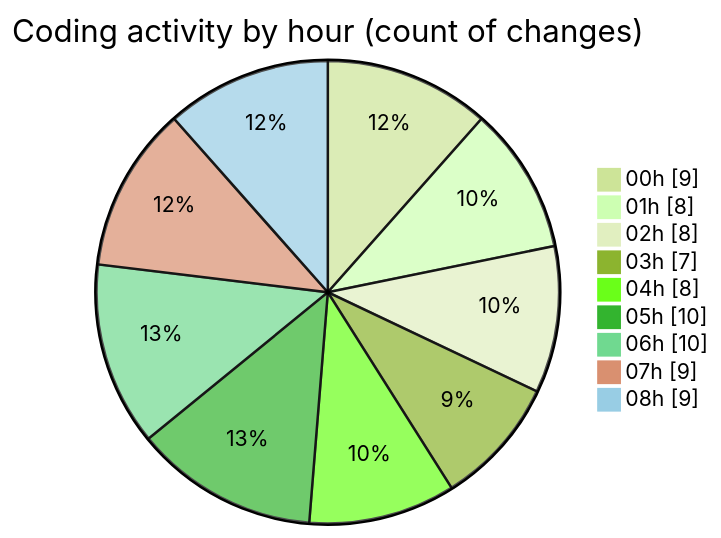
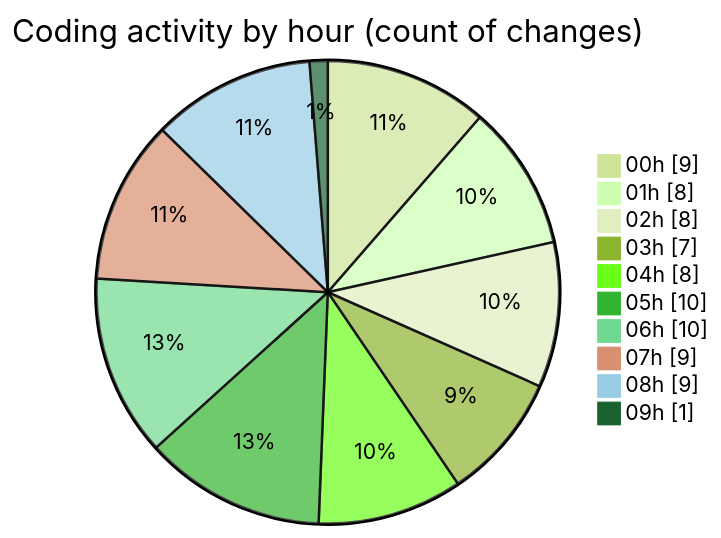
One commit to jrari/code-tracking changed the second of 2 diagrams in 2025-07-14/telebot/README.md. Above: the diagram before and after it, drawn with Mermaid (forest theme). The commit also changed other lines of this file and 1 other file, not shown here.

````diff
--- a/2025-07-14/telebot/README.md
+++ b/2025-07-14/telebot/README.md
@@ -59,13 +59,14 @@
 ```mermaid
 pie showData
 title Coding activity by hour (count of changes)
 "00h" : 9
 "01h" : 8
 "02h" : 8
 "03h" : 7
 "04h" : 8
 "05h" : 10
 "06h" : 10
 "07h" : 9
 "08h" : 9
+"09h" : 1
 ```
````
